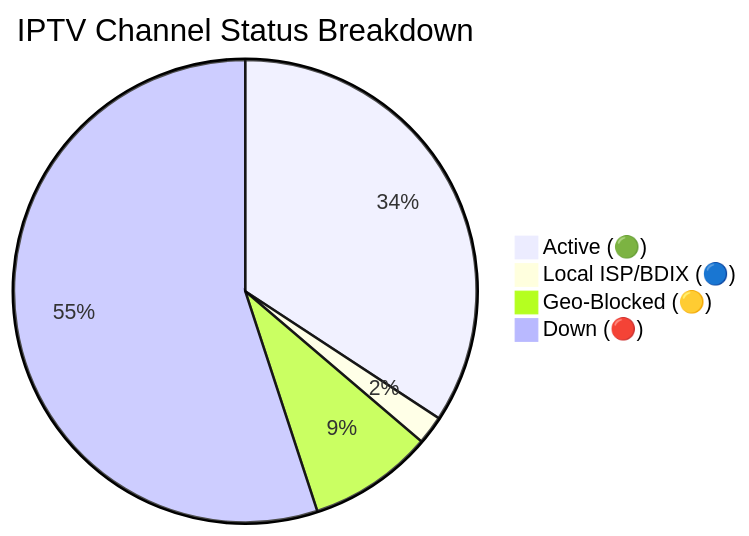
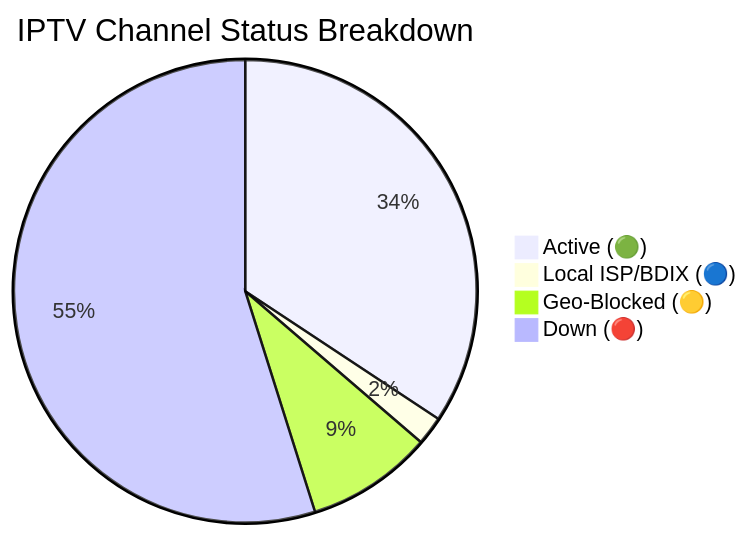
Before and after one commit to andreataylord/Ip-tv-Collection: the diagram in README.md, drawn with Mermaid. The commit also changed other lines of this file and 2 other files, not shown here.

````diff
--- a/README.md
+++ b/README.md
@@ -59,7 +59,7 @@
 ```mermaid
 pie title IPTV Channel Status Breakdown
-    "Active (🟢)" : 2191
+    "Active (🟢)" : 2199
     "Local ISP/BDIX (🔵)" : 128
-    "Geo-Blocked (🟡)" : 558
-    "Down (🔴)" : 3522
+    "Geo-Blocked (🟡)" : 566
+    "Down (🔴)" : 3518
 ```
````
